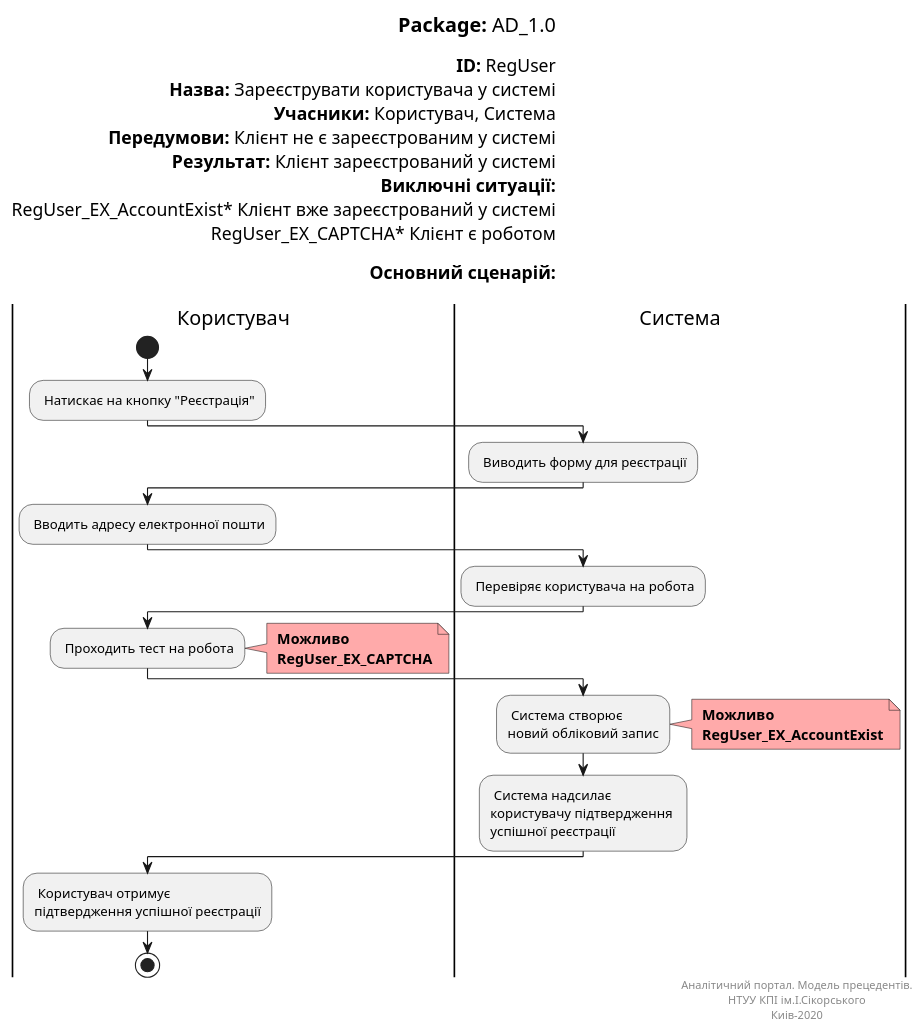
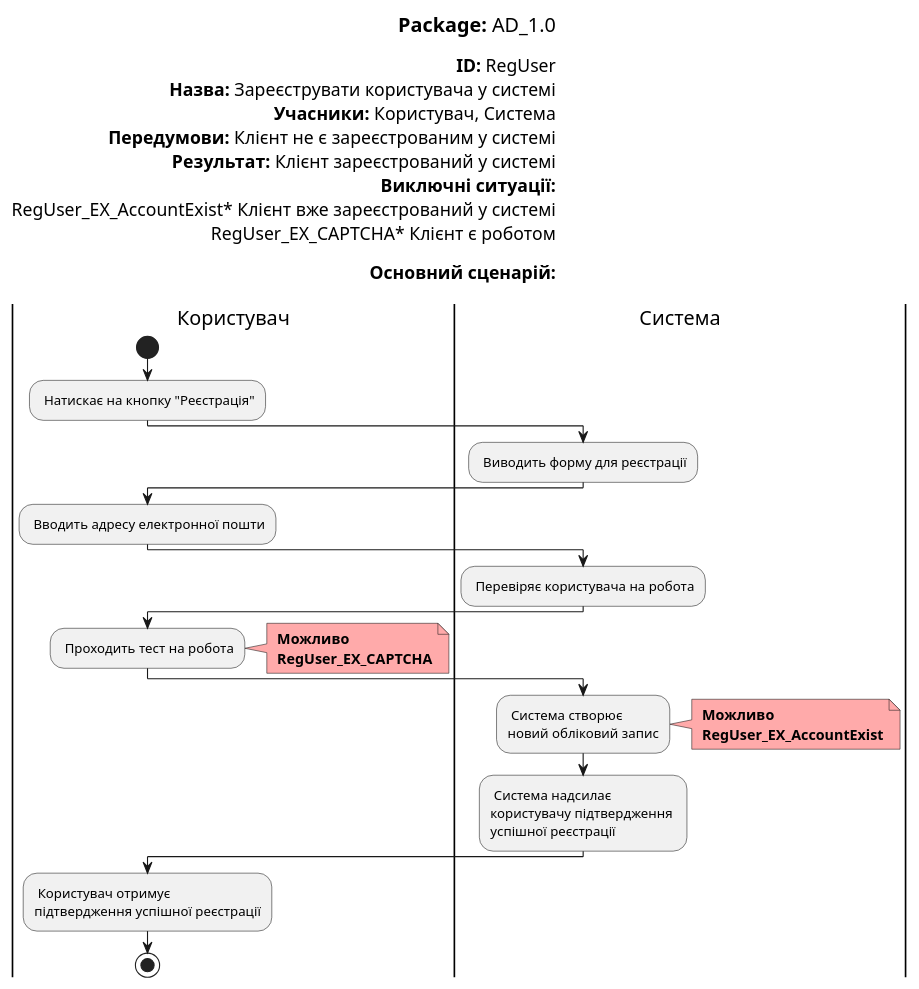
One commit to boldak/edu-db-cw changed the fifth of 5 diagrams in docs/use cases/README.md. Above: the diagram before and after it, drawn with PlantUML. The commit also changed other lines of this file, not shown here.

Commit message:
видалила непотрібну інформацію

```diff
--- a/docs/use cases/README.md
+++ b/docs/use cases/README.md
@@ -152,62 +148,56 @@
 @startuml
 
     left header
         <font color=000 size=18><b>Package:</b> AD_1.0
         
         <font color=000 size=16><b>ID:</b> RegUser
         <font color=000 size=16><b>Назва:</b> Зареєструвати користувача у системі
         <font color=000 size=16><b>Учасники:</b> Користувач, Система
         <font color=000 size=16><b>Передумови:</b> Клієнт не є зареєстрованим у системі
         <font color=000 size=16><b>Результат:</b> Клієнт зареєстрований у системі
         <font color=000 size=16><b>Виключні ситуації:</b>
         <font color=000 size=16> RegUser_EX_AccountExist* Клієнт вже зареєстрований у системі
         <font color=000 size=16> RegUser_EX_CAPTCHA* Клієнт є роботом
         
         <font color=000 size=16><b>Основний сценарій:</b>
         
     end header
 
     |Користувач|
         start
         : Натискає на кнопку "Реєстрація";
         
     |Система|
         : Виводить форму для реєстрації;
         
     |Користувач|
         : Вводить адресу електронної пошти;
         
     |Система|
         : Перевіряє користувача на робота;
         
     |Користувач|
         : Проходить тест на робота;
         note right #ffaaaa
         <b> Можливо
         <b> RegUser_EX_CAPTCHA
         end note
         
     |Система|
         : Система створює 
         новий обліковий запис;
         note right #ffaaaa
         <b> Можливо
         <b> RegUser_EX_AccountExist
         end note
         
         : Система надсилає
         користувачу підтвердження 
         успішної реєстрації;
         
     |Користувач|
         : Користувач отримує 
         підтвердження успішної реєстрації;
         stop;
 
-    right footer
-        Аналітичний портал. Модель прецедентів.
-        НТУУ КПІ ім.І.Сікорського
-        Киів-2020
-    end footer
-
 @enduml
```
